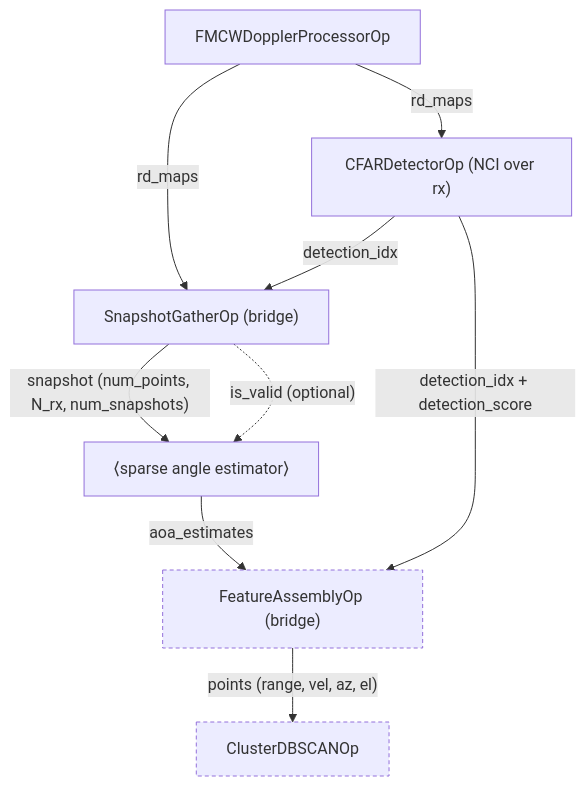
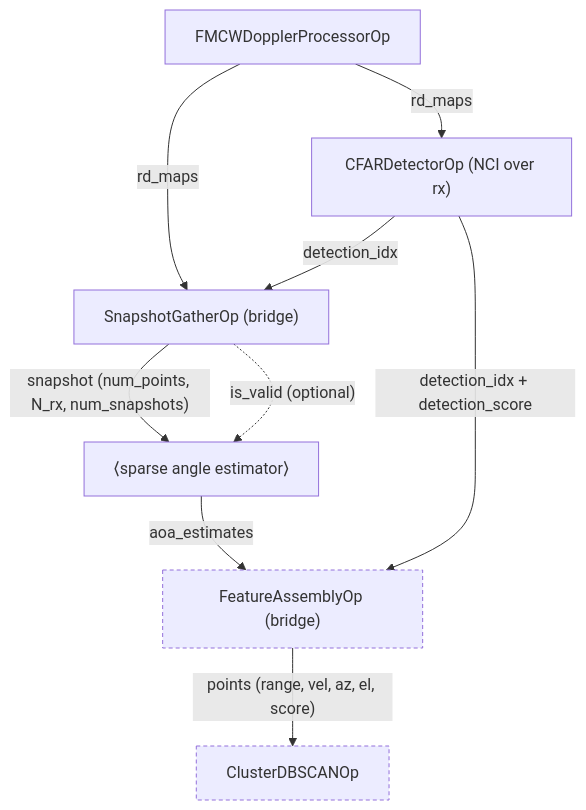
The fourth of 9 diagrams in docs/planning/WORKFLOWS.md (nvidia-holoscan/holoscan-radar), drawn with Mermaid before and after one commit. The commit also changed other lines of this file and 11 other files, not shown here.

````diff
--- a/docs/planning/WORKFLOWS.md
+++ b/docs/planning/WORKFLOWS.md
@@ -172,13 +172,13 @@
 ```mermaid
 flowchart TD
   classDef opt stroke-dasharray:4 3
   DOPP["FMCWDopplerProcessorOp"] -->|"rd_maps"| CFAR["CFARDetectorOp (NCI over rx)"]
   DOPP -->|"rd_maps"| SNAP["SnapshotGatherOp (bridge)"]
   CFAR -->|"detection_idx"| SNAP
   SNAP -->|"snapshot (num_points, N_rx, num_snapshots)"| EST["⟨sparse angle estimator⟩"]
   SNAP -.->|"is_valid (optional)"| EST
   EST -->|"aoa_estimates"| FEAT["FeatureAssemblyOp (bridge)"]
   CFAR -->|"detection_idx + detection_score"| FEAT
-  FEAT -->|"points (range, vel, az, el)"| CLUS["ClusterDBSCANOp"]
+  FEAT -->|"points (range, vel, az, el, score)"| CLUS["ClusterDBSCANOp"]
   class FEAT,CLUS opt
 ```
````
